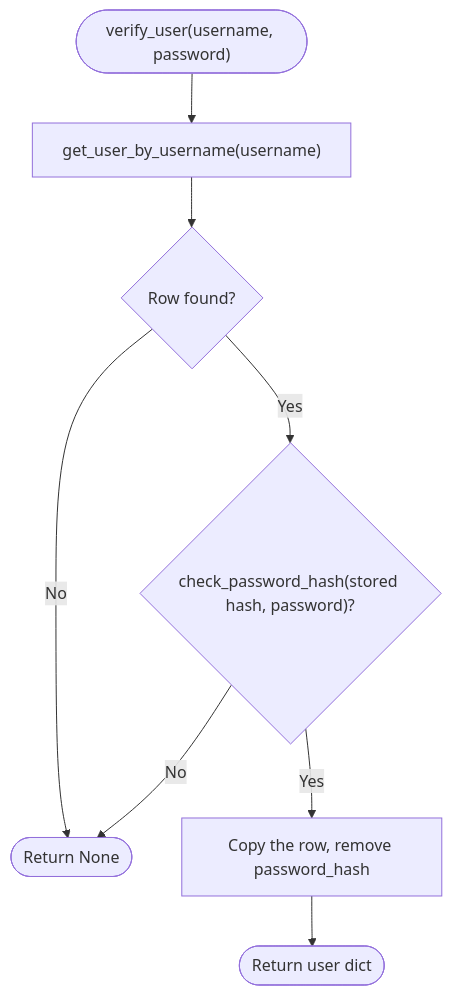
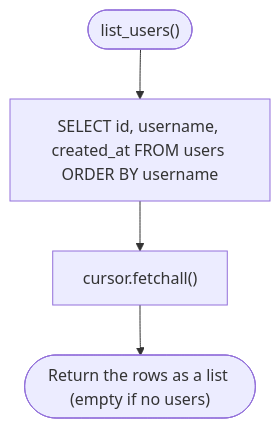
The second of 2 diagrams in docs/specs/users.md (GreenDAS/url_shortener), drawn with Mermaid before and after one commit. The commit also changed other lines of this file and 4 other files, not shown here.

First line of the commit message:
Removed passwords from app/users.py so a user is just a unique username (URL-23). Took out validate_password(), verify_user() and the werkzeug hashing, create_user() now only takes a username. Also added list_users() for the user picker & dropped the password_hash column in schema.sql.

````diff
--- a/docs/specs/users.md
+++ b/docs/specs/users.md
@@ -82,10 +79,6 @@
 ```mermaid
 flowchart TD
-    A(["verify_user(username, password)"]) --> B["get_user_by_username(username)"]
-    B --> C{Row found?}
-    C -->|No| N([Return None])
-    C -->|Yes| D{"check_password_hash(stored hash, password)?"}
-    D -->|No| N
-    D -->|Yes| E["Copy the row, remove password_hash"]
-    E --> F([Return user dict])
+    A(["list_users()"]) --> B["SELECT id, username, created_at FROM users ORDER BY username"]
+    B --> C["cursor.fetchall()"]
+    C --> D(["Return the rows as a list (empty if no users)"])
 ```
````
